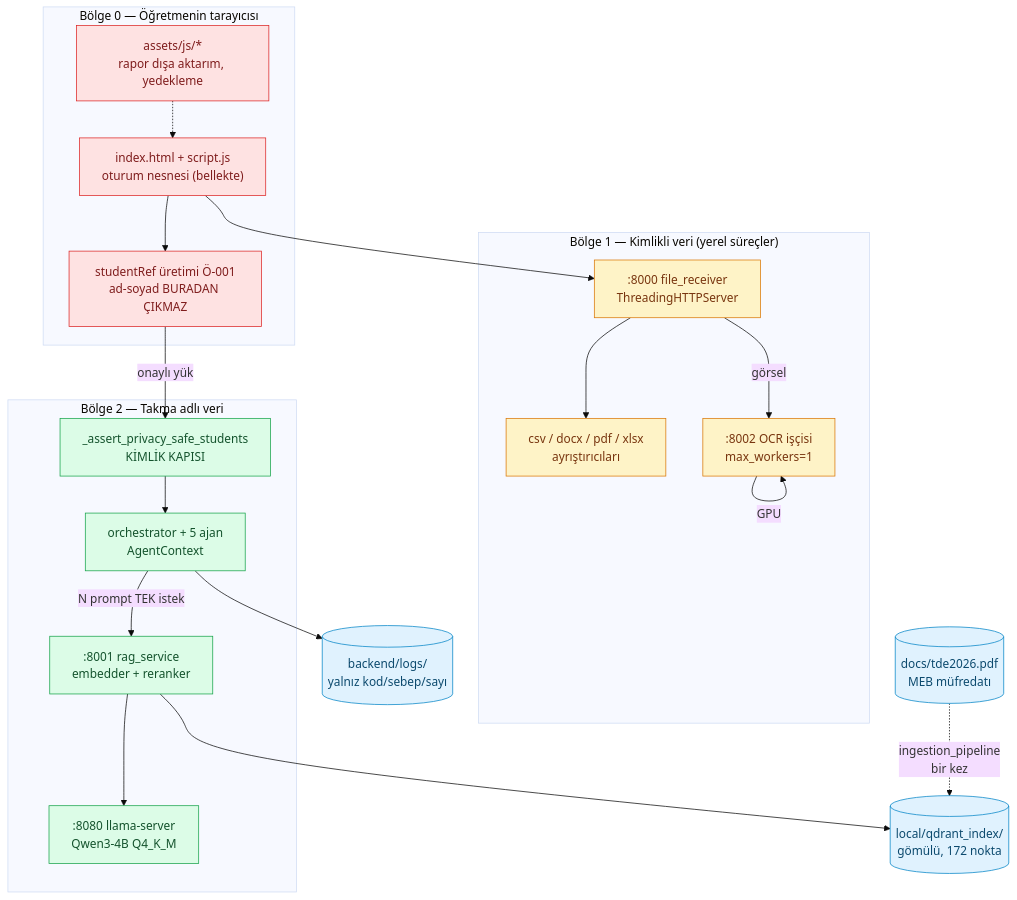
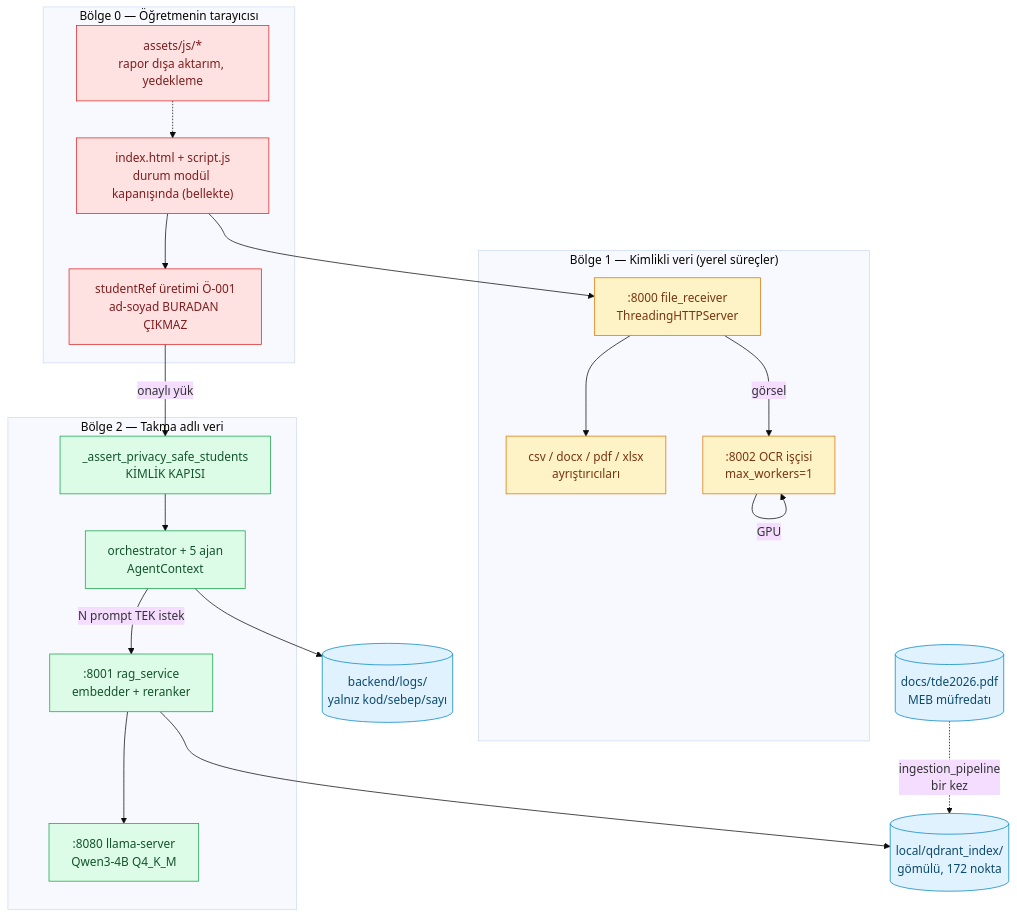
One commit to peykan1071/MAHIR-PROTOTIP-HTML changed the fourth of 4 diagrams in docs/architecture/kod-tabani-analizi.md. Above: the diagram before and after it, drawn with Mermaid (base theme). The commit also changed other lines of this file and 8 other files, not shown here.

````diff
--- a/docs/architecture/kod-tabani-analizi.md
+++ b/docs/architecture/kod-tabani-analizi.md
@@ -373,48 +408,48 @@
 ```mermaid
 flowchart TB
     subgraph B0["Bölge 0 — Öğretmenin tarayıcısı"]
-        UI["index.html + script.js<br/>oturum nesnesi (bellekte)"]
+        UI["index.html + script.js<br/>durum modül kapanışında (bellekte)"]
         JS["assets/js/*<br/>rapor dışa aktarım, yedekleme"]
         PSD["studentRef üretimi Ö-001<br/>ad-soyad BURADAN ÇIKMAZ"]
     end
 
     subgraph B1["Bölge 1 — Kimlikli veri (yerel süreçler)"]
         WEB[":8000 file_receiver<br/>ThreadingHTTPServer"]
         PARSE["csv / docx / pdf / xlsx<br/>ayrıştırıcıları"]
         OCRW[":8002 OCR işçisi<br/>max_workers=1"]
     end
 
     subgraph B2["Bölge 2 — Takma adlı veri"]
         GATE["_assert_privacy_safe_students<br/>KİMLİK KAPISI"]
         ORCH["orchestrator + 5 ajan<br/>AgentContext"]
         RAG[":8001 rag_service<br/>embedder + reranker"]
         LLAMA[":8080 llama-server<br/>Qwen3-4B Q4_K_M"]
     end
 
     IDX[("local/qdrant_index/<br/>gömülü, 172 nokta")]
     PDF[("docs/tde2026.pdf<br/>MEB müfredatı")]
     LOG[("backend/logs/<br/>yalnız kod/sebep/sayı")]
 
     UI --> WEB
     JS -.-> UI
     UI --> PSD
     WEB --> PARSE
     WEB -->|görsel| OCRW
     OCRW -->|GPU| OCRW
     PSD -->|onaylı yük| GATE
     GATE --> ORCH
     ORCH -->|N prompt TEK istek| RAG
     RAG --> IDX
     RAG --> LLAMA
     ORCH --> LOG
     PDF -.->|ingestion_pipeline<br/>bir kez| IDX
 
     classDef zero fill:#fee2e2,stroke:#dc2626,color:#7f1d1d
     classDef one fill:#fef3c7,stroke:#d97706,color:#78350f
     classDef two fill:#dcfce7,stroke:#16a34a,color:#14532d
     classDef store fill:#e0f2fe,stroke:#0284c7,color:#0c4a6e
     class UI,JS,PSD zero
     class WEB,PARSE,OCRW one
     class GATE,ORCH,RAG,LLAMA two
     class IDX,PDF,LOG store
 ```
````
